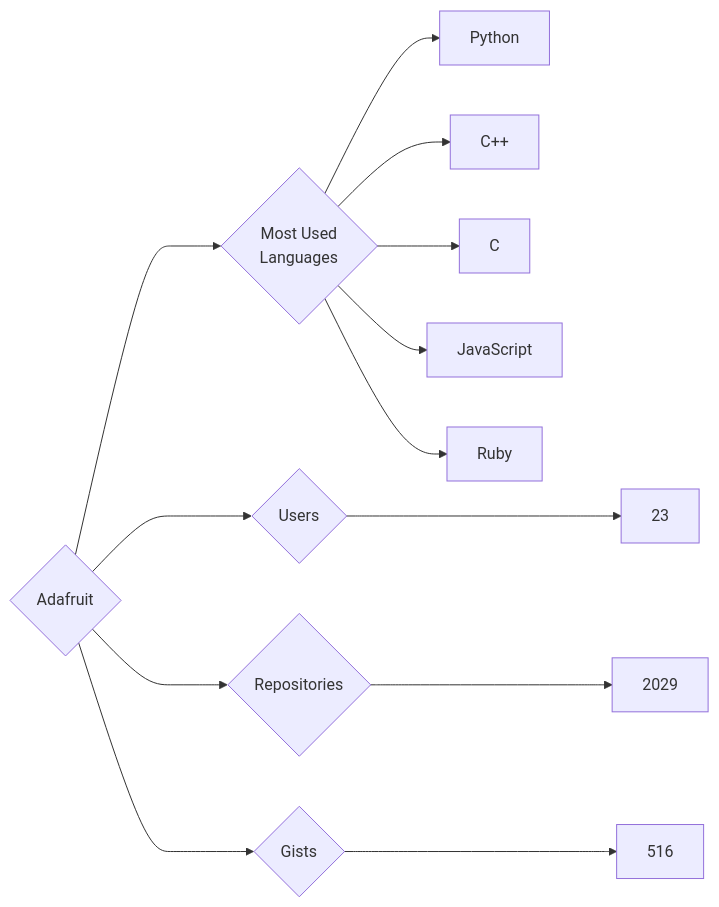
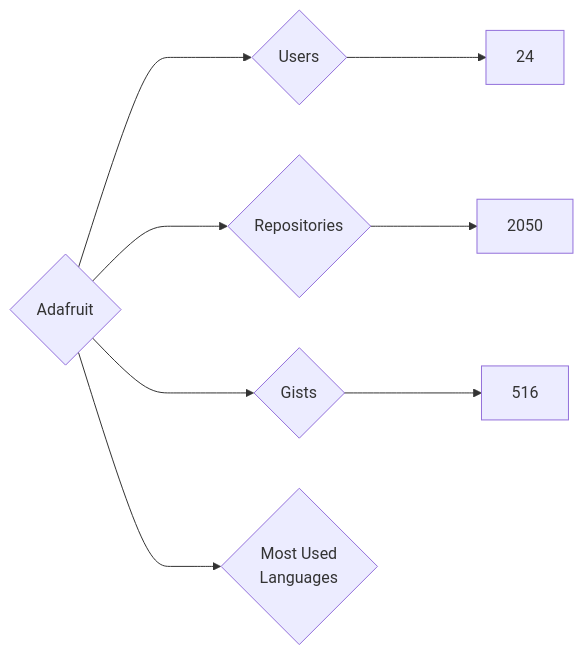
Before and after one commit to nenadzaric/insiders: the diagram in targets/Adafruit/README.md, drawn with Mermaid. The commit also changed 14 other files, not shown here.

````diff
--- a/targets/Adafruit/README.md
+++ b/targets/Adafruit/README.md
@@ -3,13 +3,8 @@
 ```mermaid
 graph LR
 COMPANY_NAME{Adafruit}
-COMPANY_NAME ---> U{Users} ---> UN[23]
-COMPANY_NAME ---> R{Repositories} ---> RN[2029]
+COMPANY_NAME ---> U{Users} ---> UN[24]
+COMPANY_NAME ---> R{Repositories} ---> RN[2050]
 COMPANY_NAME ---> G{Gists} ---> GN[516]
 COMPANY_NAME ---> ML{Most Used<br>Languages}
-ML --> Python[Python]
-ML --> C++[C++]
-ML --> C[C]
-ML --> JavaScript[JavaScript]
-ML --> Ruby[Ruby]
 ```
````
